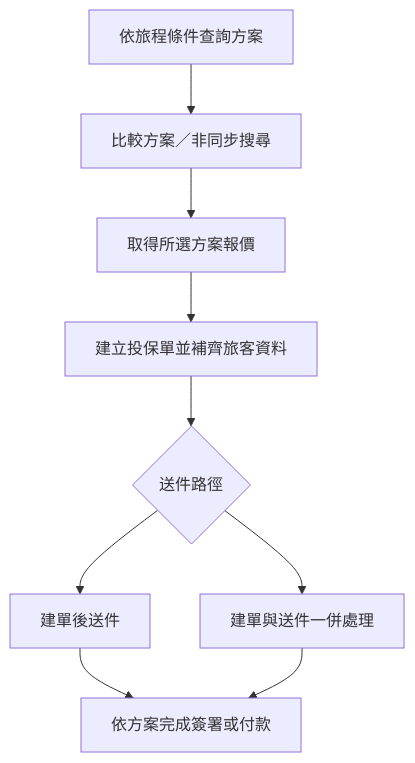
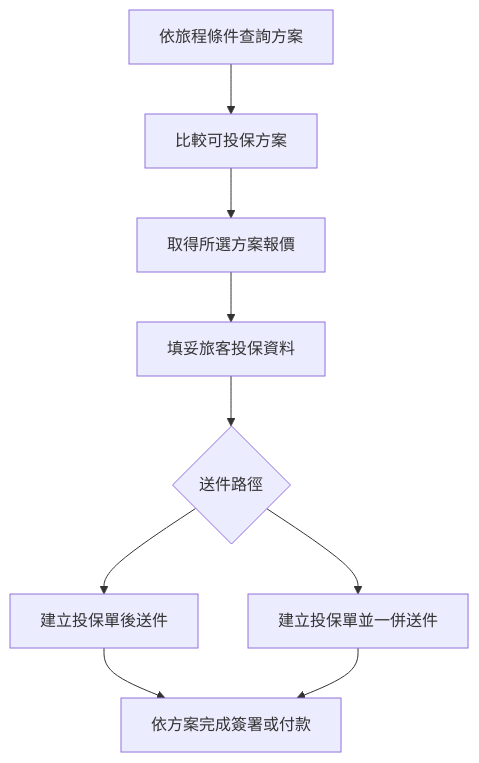
Before and after one commit to highhao/insurance-saas-platform: the second of 2 diagrams in README.md, drawn with Mermaid. The commit also changed other lines of this file, not shown here.

````diff
--- a/README.md
+++ b/README.md
@@ -26,11 +26,11 @@
 ```mermaid
 flowchart TB
-    A[依旅程條件查詢方案] --> B[比較方案／非同步搜尋]
+    A[依旅程條件查詢方案] --> B[比較可投保方案]
     B --> C[取得所選方案報價]
-    C --> D[建立投保單並補齊旅客資料]
+    C --> D[填妥旅客投保資料]
     D --> E{送件路徑}
-    E --> F[建單後送件]
-    E --> G[建單與送件一併處理]
+    E --> F[建立投保單後送件]
+    E --> G[建立投保單並一併送件]
     F --> H[依方案完成簽署或付款]
     G --> H
 ```
````
